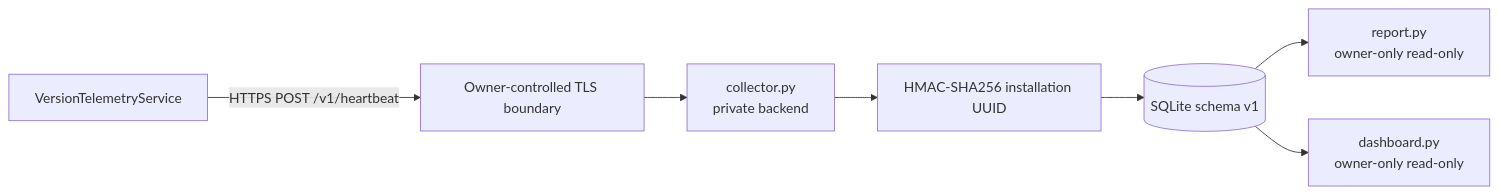
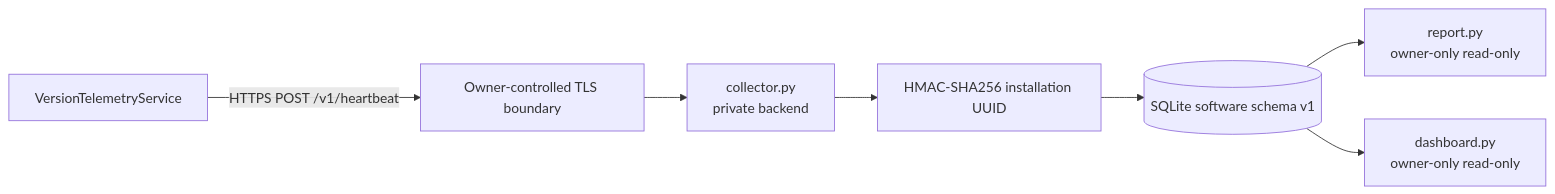
Before and after one commit to TumanovNV/impuls: the diagram in knowledge-base/07-web/version-statistics-collector.md, drawn with Mermaid. The commit also changed other lines of this file, not shown here.

Commit message:
Clarify telemetry software versus production schema

````diff
--- a/knowledge-base/07-web/version-statistics-collector.md
+++ b/knowledge-base/07-web/version-statistics-collector.md
@@ -27,9 +29,9 @@
 ```mermaid
 flowchart LR
     APP[VersionTelemetryService] -->|HTTPS POST /v1/heartbeat| RP[Owner-controlled TLS boundary]
     RP --> COL[collector.py\nprivate backend]
     COL --> H[HMAC-SHA256 installation UUID]
-    H --> DB[(SQLite schema v1)]
+    H --> DB[(SQLite software schema v1)]
     DB --> REP[report.py\nowner-only read-only]
     DB --> DASH[dashboard.py\nowner-only read-only]
 ```
````
